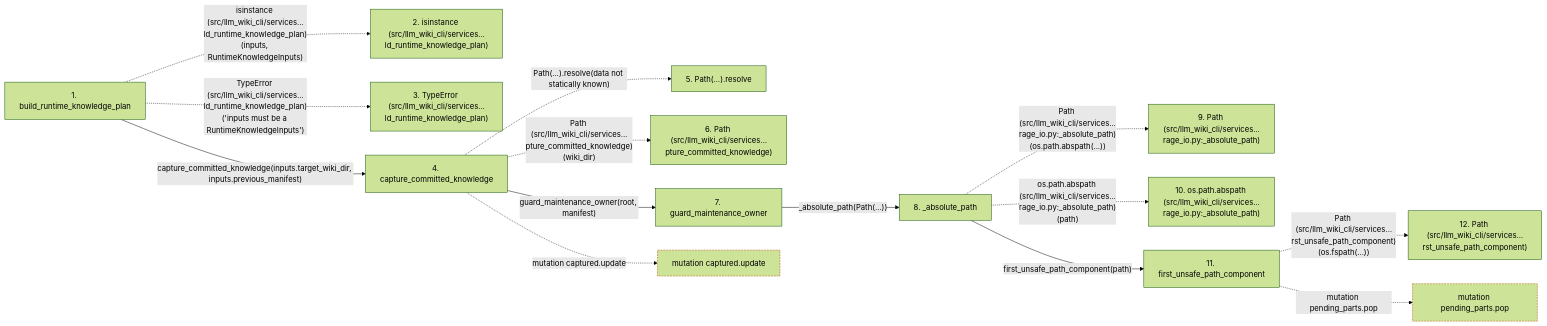
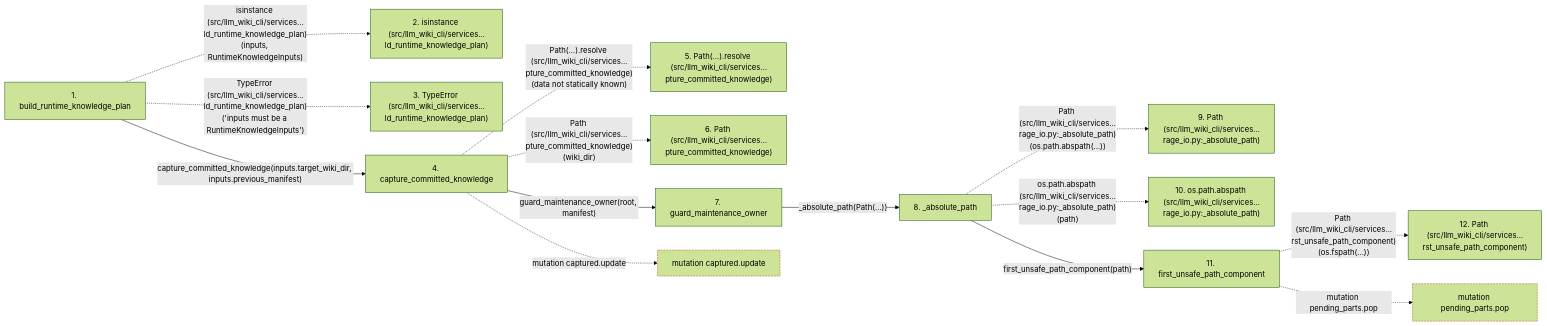
Before and after one commit to Denissvgn/python-wiki-llm: the second of 2 diagrams in docs/llm_wiki/flows/api-build_runtime_knowledge_plan.md, drawn with Mermaid (forest theme). The commit also changed other lines of this file and 450 other files, not shown here.

````diff
--- a/docs/llm_wiki/flows/api-build_runtime_knowledge_plan.md
+++ b/docs/llm_wiki/flows/api-build_runtime_knowledge_plan.md
@@ -145,38 +145,38 @@
 ```mermaid
 flowchart LR
     s1["1. build_runtime_knowledge_plan"]
     s2["2. isinstance (src/llm_wiki_cli/services…ld_runtime_knowledge_plan)"]
     s3["3. TypeError (src/llm_wiki_cli/services…ld_runtime_knowledge_plan)"]
     s4["4. capture_committed_knowledge"]
-    s5["5. Path(…).resolve"]
+    s5["5. Path(…).resolve (src/llm_wiki_cli/services…pture_committed_knowledge)"]
     s6["6. Path (src/llm_wiki_cli/services…pture_committed_knowledge)"]
     s7["7. guard_maintenance_owner"]
     s8["8. _absolute_path"]
     s9["9. Path (src/llm_wiki_cli/services…rage_io.py:_absolute_path)"]
     s10["10. os.path.abspath (src/llm_wiki_cli/services…rage_io.py:_absolute_path)"]
     s11["11. first_unsafe_path_component"]
     s12["12. Path (src/llm_wiki_cli/services…rst_unsafe_path_component)"]
     s1 -. "isinstance (src/llm_wiki_cli/services…ld_runtime_knowledge_plan)(inputs, RuntimeKnowledgeInputs)" .-> s2
     s1 -. "TypeError (src/llm_wiki_cli/services…ld_runtime_knowledge_plan)('inputs must be a RuntimeKnowledgeInputs')" .-> s3
     s1 -->|"capture_committed_knowledge(inputs.target_wiki_dir, inputs.previous_manifest)"| s4
-    s4 -. "Path(…).resolve(data not statically known)" .-> s5
+    s4 -. "Path(…).resolve (src/llm_wiki_cli/services…pture_committed_knowledge)(data not statically known)" .-> s5
     s4 -. "Path (src/llm_wiki_cli/services…pture_committed_knowledge)(wiki_dir)" .-> s6
     s4 -->|"guard_maintenance_owner(root, manifest)"| s7
     s7 -->|"_absolute_path(Path(...))"| s8
     s8 -. "Path (src/llm_wiki_cli/services…rage_io.py:_absolute_path)(os.path.abspath(...))" .-> s9
     s8 -. "os.path.abspath (src/llm_wiki_cli/services…rage_io.py:_absolute_path)(path)" .-> s10
     s8 -->|"first_unsafe_path_component(path)"| s11
     s11 -. "Path (src/llm_wiki_cli/services…rst_unsafe_path_component)(os.fspath(...))" .-> s12
     b0["mutation captured.update"]
     s4 -. "mutation captured.update" .-> b0
     b1["mutation pending_parts.pop"]
     s11 -. "mutation pending_parts.pop" .-> b1
     click s1 "../modules/knowledge_orchestration.md"
     click s4 "../modules/knowledge_orchestration.md"
     click s7 "../modules/maintenance_protocol.md"
     click s8 "../modules/knowledge_storage_io.md"
     click s11 "../modules/io.md"
     classDef boundary stroke:#b45309,stroke-dasharray: 4 2
     class b0 boundary
     class b1 boundary
 ```
````
